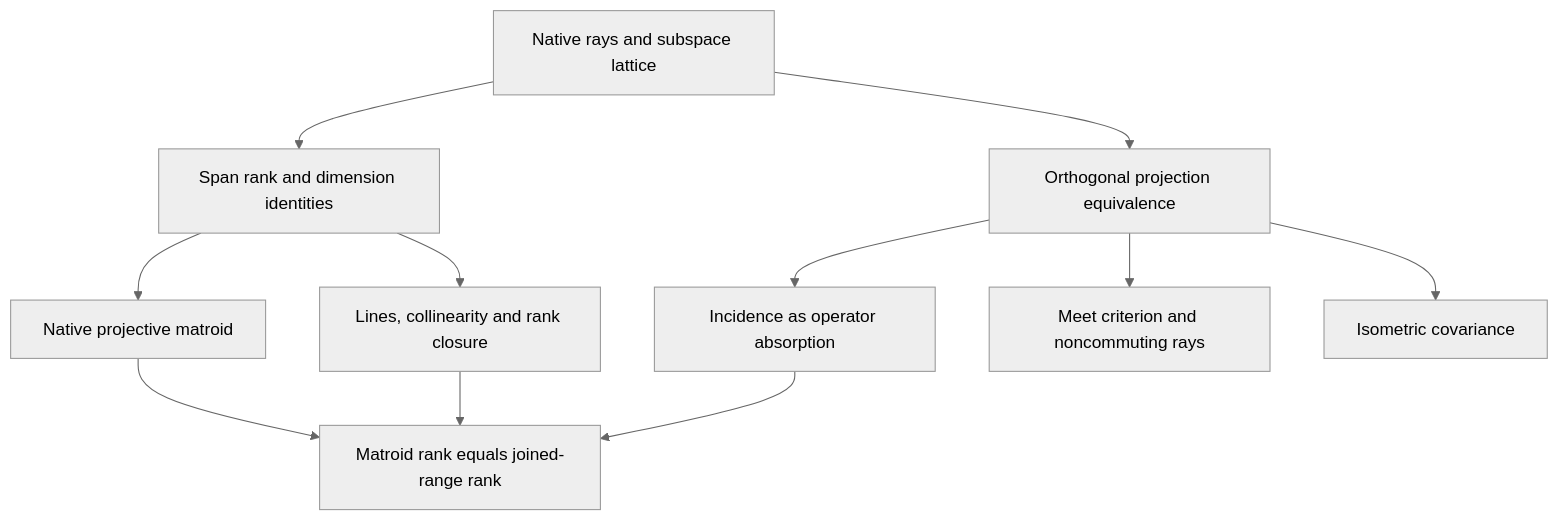
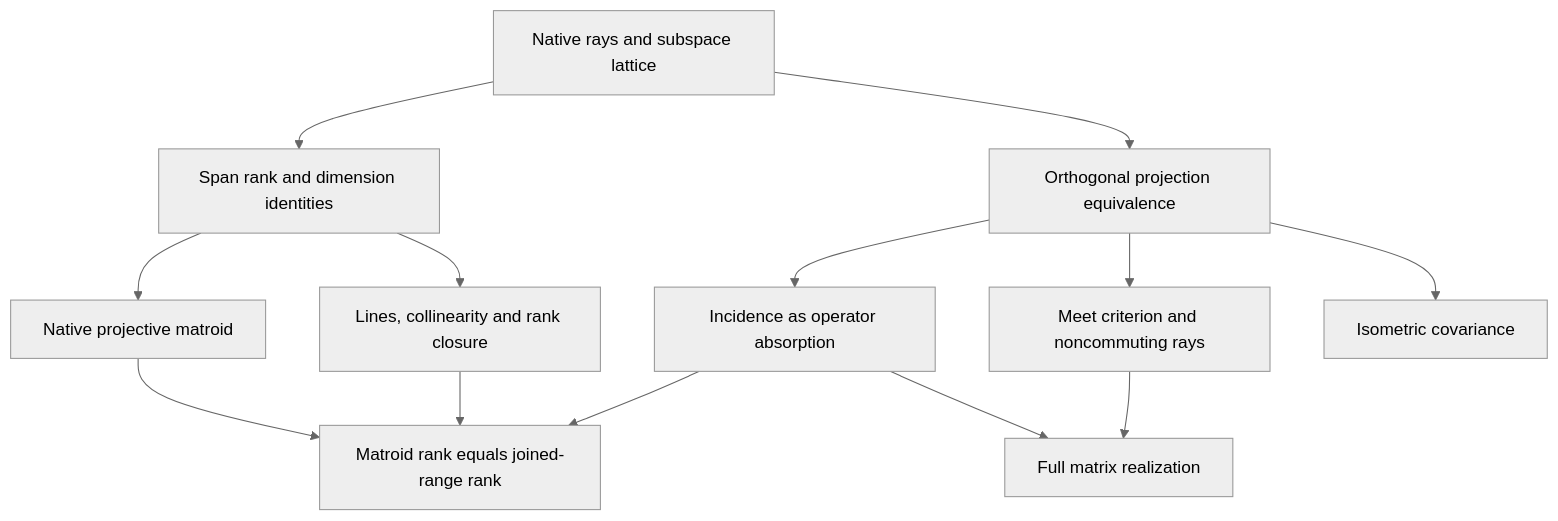
One commit to nickgou-nuke/info-geometry-lean changed the diagram in docs/PROJECTIVE_OPERATOR_INCIDENCE_CONTRACT.md. Above: the diagram before and after it, drawn with Mermaid (neutral theme). The commit also changed other lines of this file and 3 other files, not shown here.

````diff
--- a/docs/PROJECTIVE_OPERATOR_INCIDENCE_CONTRACT.md
+++ b/docs/PROJECTIVE_OPERATOR_INCIDENCE_CONTRACT.md
@@ -98,13 +111,15 @@
 ```mermaid
 flowchart TD
   R["Native rays and subspace lattice"] --> D["Span rank and dimension identities"]
   R --> P["Orthogonal projection equivalence"]
   D --> M["Native projective matroid"]
   D --> L["Lines, collinearity and rank closure"]
   P --> A["Incidence as operator absorption"]
   M --> G["Matroid rank equals joined-range rank"]
   L --> G
   A --> G
   P --> N["Meet criterion and noncommuting rays"]
   P --> C["Isometric covariance"]
+  A --> X["Full matrix realization"]
+  N --> X
 ```
````
